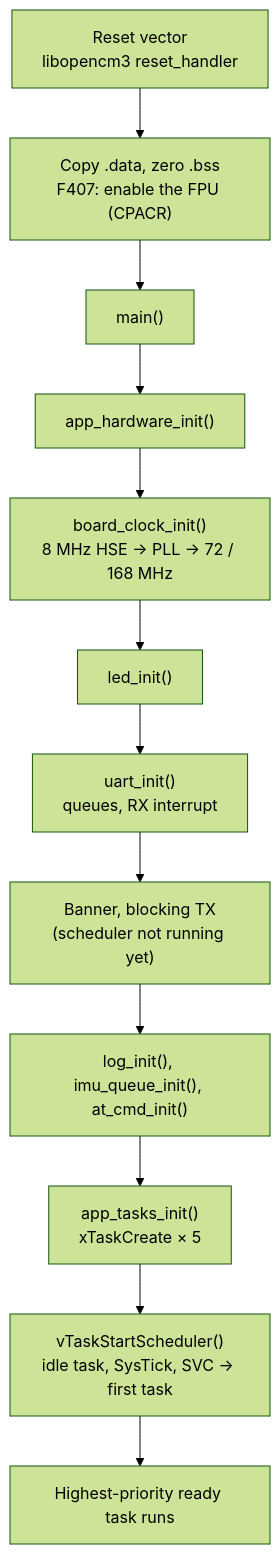
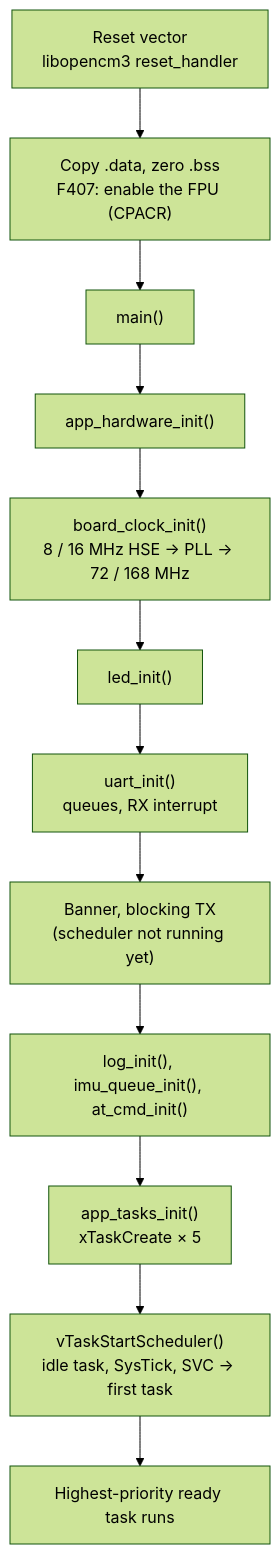
Before and after one commit to machadothi/balancing_robot: the first of 2 diagrams in docs/03-boot-and-rtos.md, drawn with Mermaid (forest theme). The commit also changed 15 other files, not shown here.

````diff
--- a/docs/03-boot-and-rtos.md
+++ b/docs/03-boot-and-rtos.md
@@ -21,14 +21,14 @@
 ```mermaid
 flowchart TD
     RESET["Reset vector<br/>libopencm3 reset_handler"] --> CRT["Copy .data, zero .bss<br/>F407: enable the FPU (CPACR)"]
     CRT --> MAIN["main()"]
     MAIN --> HW["app_hardware_init()"]
-    HW --> CLK["board_clock_init()<br/>8 MHz HSE → PLL → 72 / 168 MHz"]
+    HW --> CLK["board_clock_init()<br/>8 / 16 MHz HSE → PLL → 72 / 168 MHz"]
     CLK --> LEDI["led_init()"]
     LEDI --> UART["uart_init()<br/>queues, RX interrupt"]
     UART --> BAN["Banner, blocking TX<br/>(scheduler not running yet)"]
     BAN --> LOGI["log_init(), imu_queue_init(), at_cmd_init()"]
     LOGI --> TASKS["app_tasks_init()<br/>xTaskCreate × 5"]
     TASKS --> SCHED["vTaskStartScheduler()<br/>idle task, SysTick, SVC → first task"]
     SCHED --> RUN["Highest-priority ready task runs"]
 ```
````
